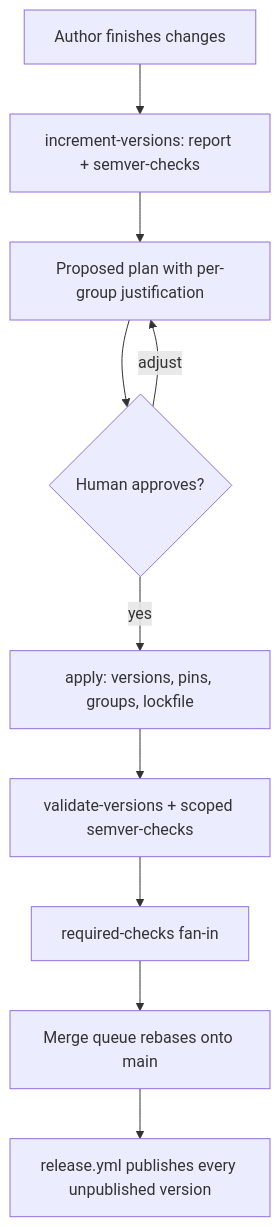
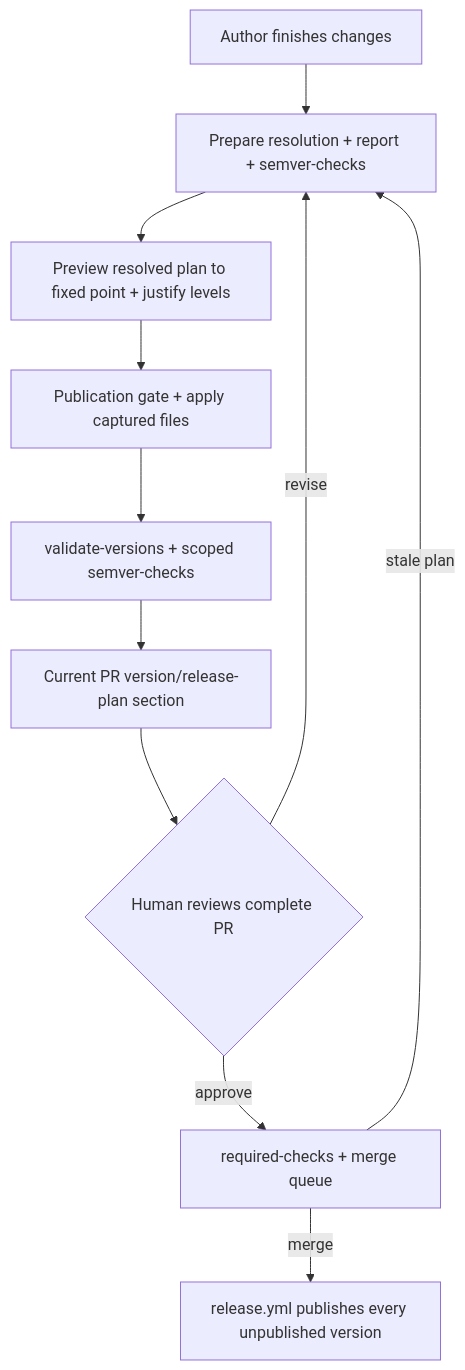
One commit to sandersaares/folo changed the diagram in docs/release-versioning.md. Above: the diagram before and after it, drawn with Mermaid. The commit also changed other lines of this file and 42 other files, not shown here.

Commit message:
cargo-release-plan: capture complete resolved release plans

````diff
--- a/docs/release-versioning.md
+++ b/docs/release-versioning.md
@@ -549,12 +580,13 @@
 ```mermaid
 flowchart TD
-    A["Author finishes changes"] --> B["increment-versions: report + semver-checks"]
-    B --> C["Proposed plan with per-group justification"]
-    C --> D{"Human approves?"}
-    D -- adjust --> C
-    D -- yes --> E["apply: versions, pins, groups, lockfile"]
-    E --> F["validate-versions + scoped semver-checks"]
-    F --> G["required-checks fan-in"]
-    G --> H["Merge queue rebases onto main"]
-    H --> I["release.yml publishes every unpublished version"]
+    A["Author finishes changes"] --> B["Prepare resolution + report + semver-checks"]
+    B --> C["Preview resolved plan to fixed point + justify levels"]
+    C --> D["Publication gate + apply captured files"]
+    D --> E["validate-versions + scoped semver-checks"]
+    E --> F["Current PR version/release-plan section"]
+    F --> G{"Human reviews complete PR"}
+    G -- revise --> B
+    G -- approve --> H["required-checks + merge queue"]
+    H -- stale plan --> B
+    H -- merge --> I["release.yml publishes every unpublished version"]
 ```
````
